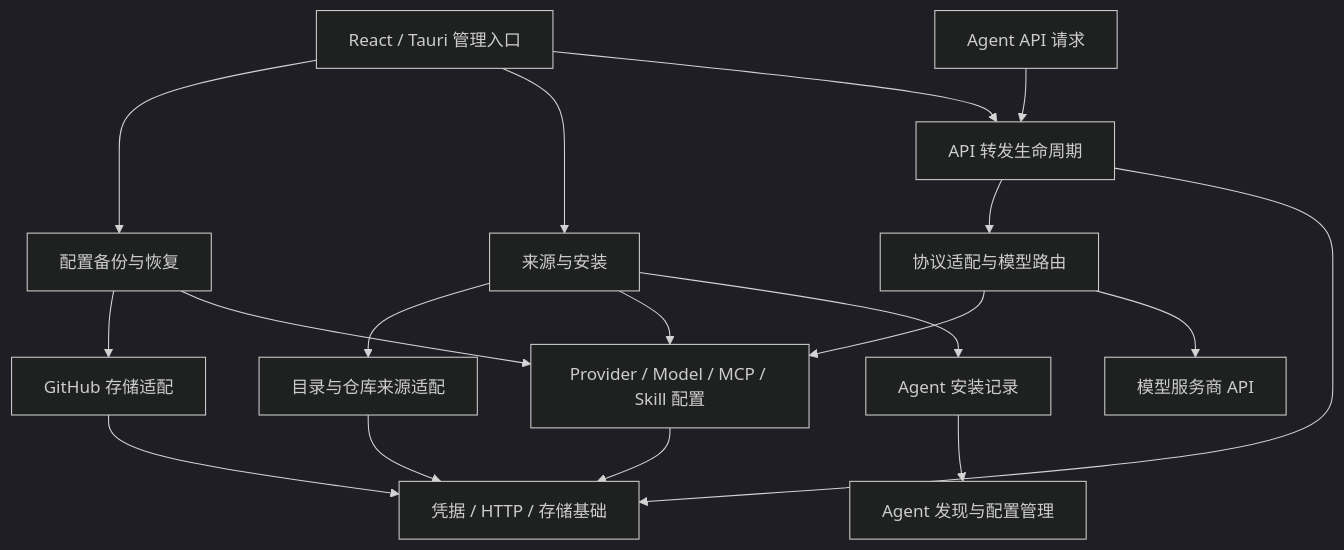
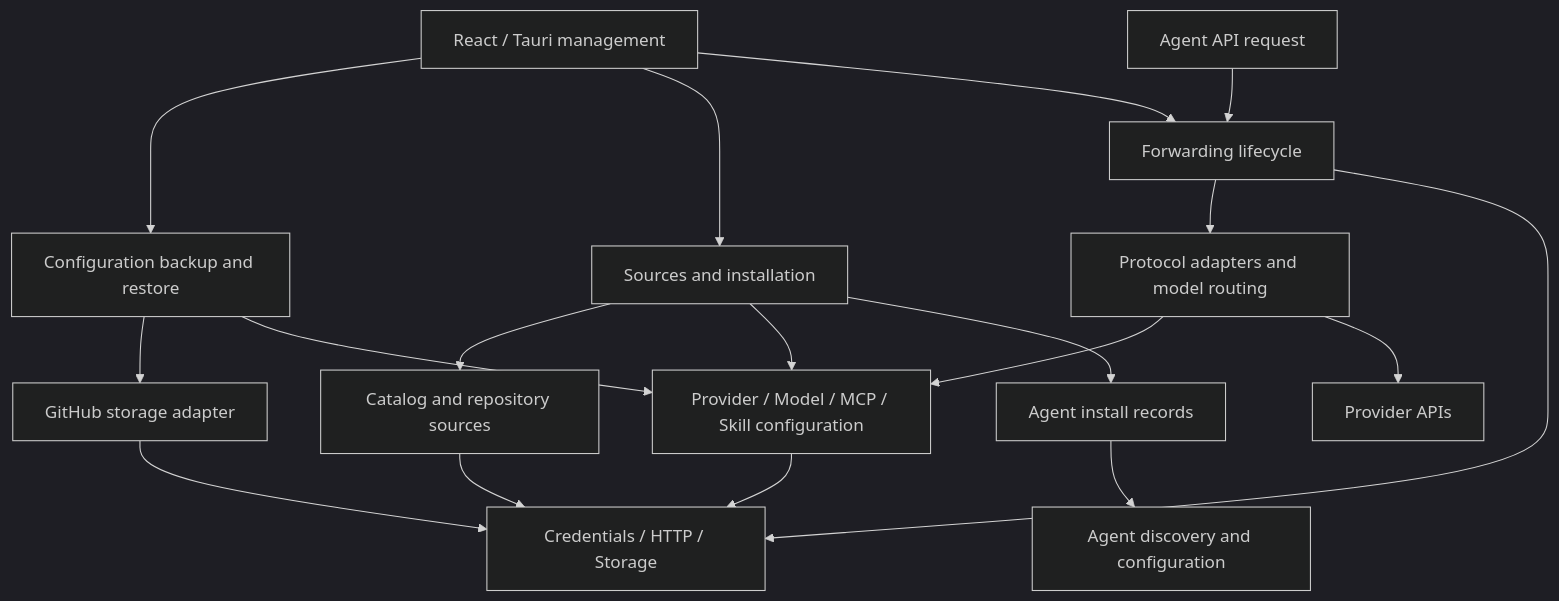
The diagram in docs/plans/backend-modularity.md (Johnny0x38E/vibemate), drawn with Mermaid (dark theme) before and after one commit. The commit also changed other lines of this file and 51 other files, not shown here.

````diff
--- a/docs/plans/backend-modularity.md
+++ b/docs/plans/backend-modularity.md
@@ -170,20 +170,20 @@
 ```mermaid
 flowchart TD
-    UI[React / Tauri 管理入口] --> Backup[配置备份与恢复]
-    UI --> Install[来源与安装]
-    UI --> Gateway[API 转发生命周期]
-    Backup --> GitHub[GitHub 存储适配]
-    Backup --> Config[Provider / Model / MCP / Skill 配置]
-    Install --> Sources[目录与仓库来源适配]
+    UI[React / Tauri management] --> Backup[Configuration backup and restore]
+    UI --> Install[Sources and installation]
+    UI --> Gateway[Forwarding lifecycle]
+    Backup --> GitHub[GitHub storage adapter]
+    Backup --> Config[Provider / Model / MCP / Skill configuration]
+    Install --> Sources[Catalog and repository sources]
     Install --> Config
-    Install --> AgentInstall[Agent 安装记录]
-    AgentInstall --> AgentManager[Agent 发现与配置管理]
-    Agent[Agent API 请求] --> Gateway
-    Gateway --> Protocols[协议适配与模型路由]
+    Install --> AgentInstall[Agent install records]
+    AgentInstall --> AgentManager[Agent discovery and configuration]
+    Agent[Agent API request] --> Gateway
+    Gateway --> Protocols[Protocol adapters and model routing]
     Protocols --> Config
-    Protocols --> Upstream[模型服务商 API]
-    GitHub --> Infra[凭据 / HTTP / 存储基础]
+    Protocols --> Upstream[Provider APIs]
+    GitHub --> Infra[Credentials / HTTP / Storage]
     Sources --> Infra
     Config --> Infra
     Gateway --> Infra
 ```
````
